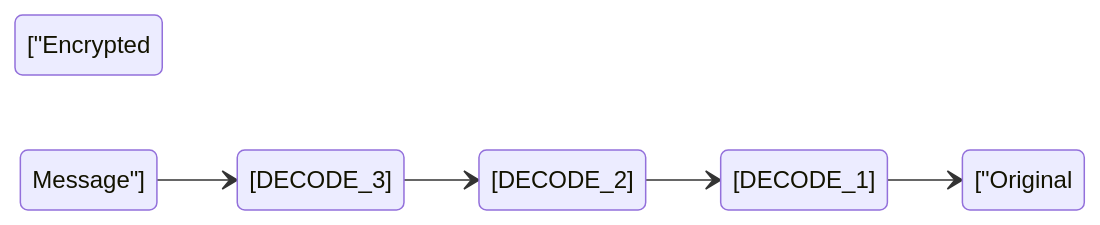
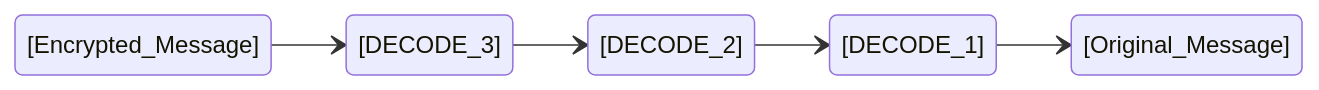
One commit to tudorcoroian17/ALP changed the second of 2 diagrams in GroupWork_02/G5/README.md. Above: the diagram before and after it, drawn with Mermaid. The commit also changed other lines of this file, not shown here.

Commit message:
Add first part of group work 2

````diff
--- a/GroupWork_02/G5/README.md
+++ b/GroupWork_02/G5/README.md
@@ -219,8 +219,8 @@
 ```mermaid
 stateDiagram
     direction LR
-    ["Encrypted Message"] --> [DECODE_3]
+    [Encrypted_Message] --> [DECODE_3]
     [DECODE_3] --> [DECODE_2]
     [DECODE_2] --> [DECODE_1]
-    [DECODE_1] --> ["Original Message"]
+    [DECODE_1] --> [Original_Message]
 ```
````
